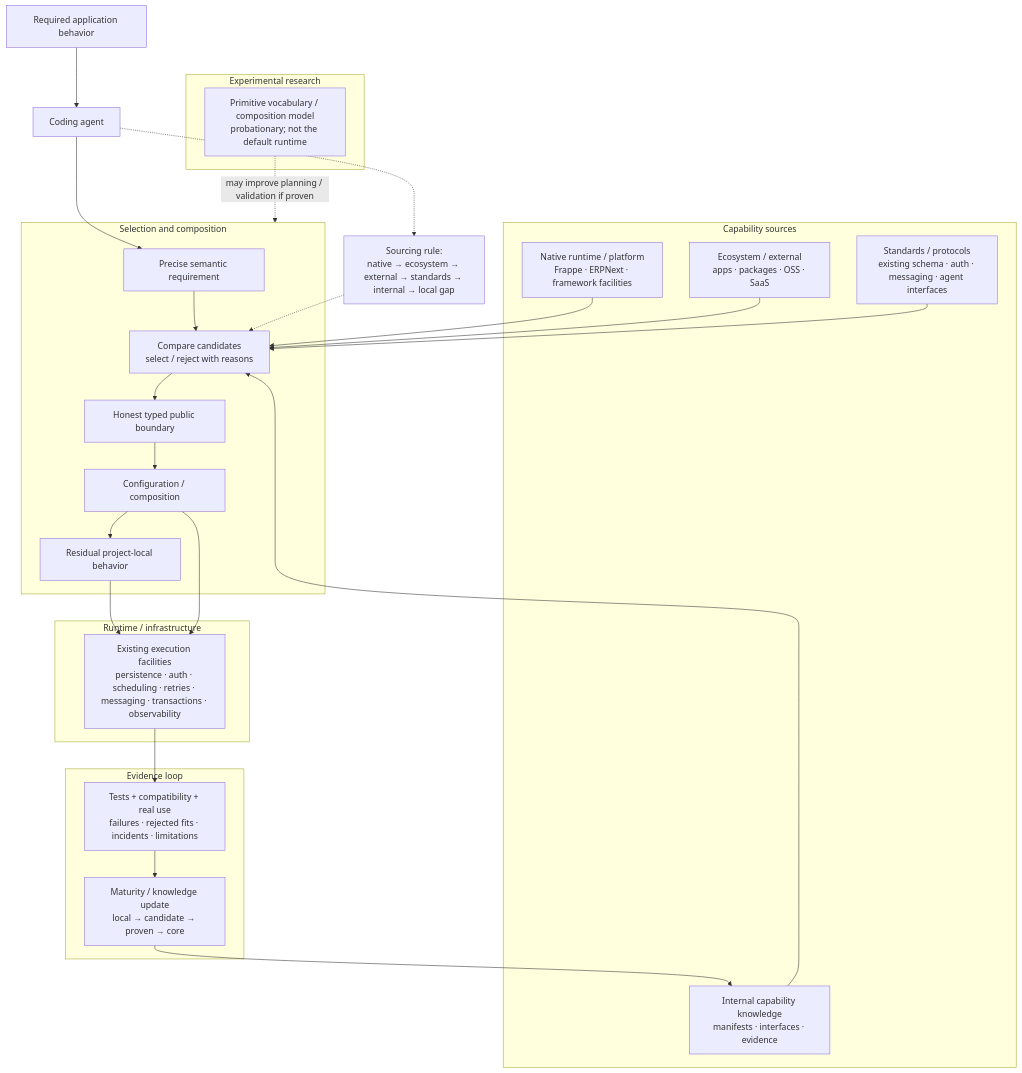
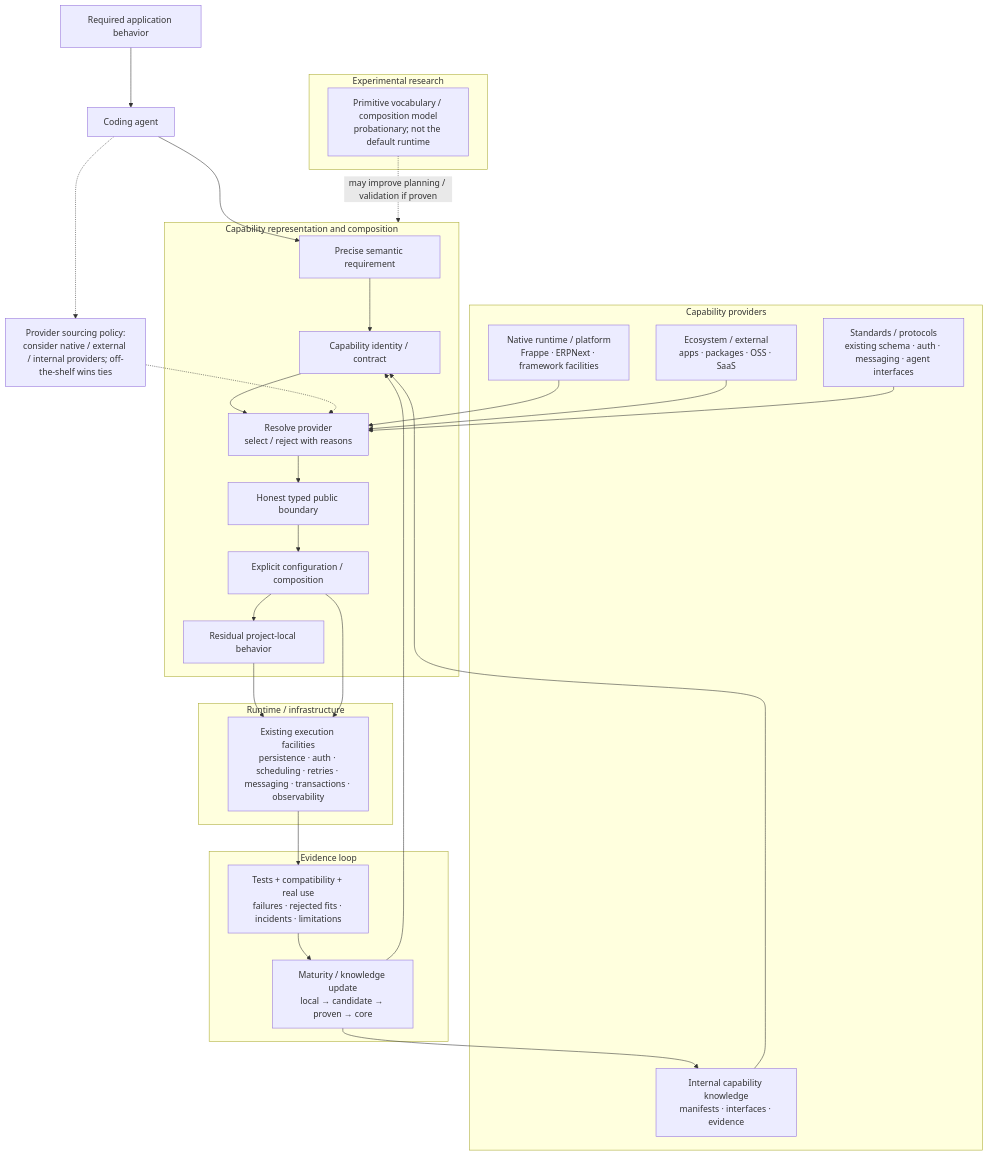
The diagram in docs/ARCHITECTURE_ONE_DIAGRAM.md (BrianMills2718/agentic-capability-architecture-canonical), drawn with Mermaid before and after one commit. The commit also changed other lines of this file and 3 other files, not shown here.

````diff
--- a/docs/ARCHITECTURE_ONE_DIAGRAM.md
+++ b/docs/ARCHITECTURE_ONE_DIAGRAM.md
@@ -5,50 +5,52 @@
 ```mermaid
 flowchart TB
     R[Required application behavior]
     A[Coding agent]
 
-    subgraph S["Capability sources"]
+    subgraph S["Capability providers"]
       N[Native runtime / platform\nFrappe · ERPNext · framework facilities]
       E[Ecosystem / external\napps · packages · OSS · SaaS]
       ST[Standards / protocols\nexisting schema · auth · messaging · agent interfaces]
       I[Internal capability knowledge\nmanifests · interfaces · evidence]
     end
 
-    subgraph SEL["Selection and composition"]
+    subgraph SEL["Capability representation and composition"]
       Q[Precise semantic requirement]
-      D[Compare candidates\nselect / reject with reasons]
+      ID[Capability identity / contract]
+      D[Resolve provider\nselect / reject with reasons]
       B[Honest typed public boundary]
-      C[Configuration / composition]
+      C[Explicit configuration / composition]
       L[Residual project-local behavior]
-      Q --> D --> B --> C --> L
+      Q --> ID --> D --> B --> C --> L
     end
 
     subgraph RT["Runtime / infrastructure"]
       X[Existing execution facilities\npersistence · auth · scheduling · retries · messaging · transactions · observability]
     end
 
     subgraph EV["Evidence loop"]
       T[Tests + compatibility + real use\nfailures · rejected fits · incidents · limitations]
       M[Maturity / knowledge update\nlocal → candidate → proven → core]
       T --> M
     end
 
     subgraph EXP["Experimental research"]
       P[Primitive vocabulary / composition model\nprobationary; not the default runtime]
     end
 
     R --> A --> Q
     N --> D
     E --> D
     ST --> D
-    I --> D
+    I --> ID
     L --> X
     C --> X
     X --> T
     M --> I
+    M --> ID
     P -.->|may improve planning / validation if proven| SEL
 
-    RULE["Sourcing rule:\nnative → ecosystem → external → standards → internal → local gap"]
+    RULE["Provider sourcing policy:\nconsider native / external / internal providers; off-the-shelf wins ties"]
     A -.-> RULE
     RULE -.-> D
 ```
````
